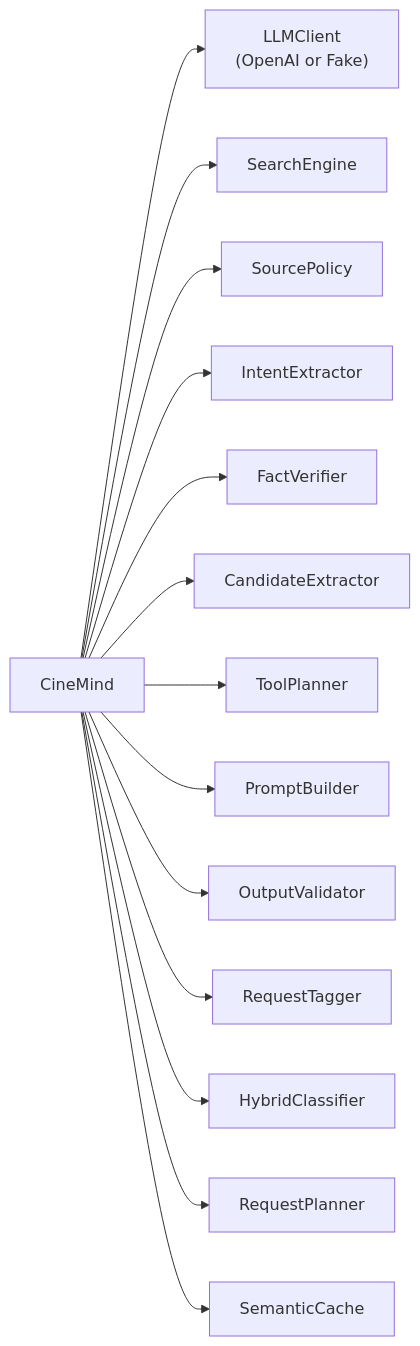
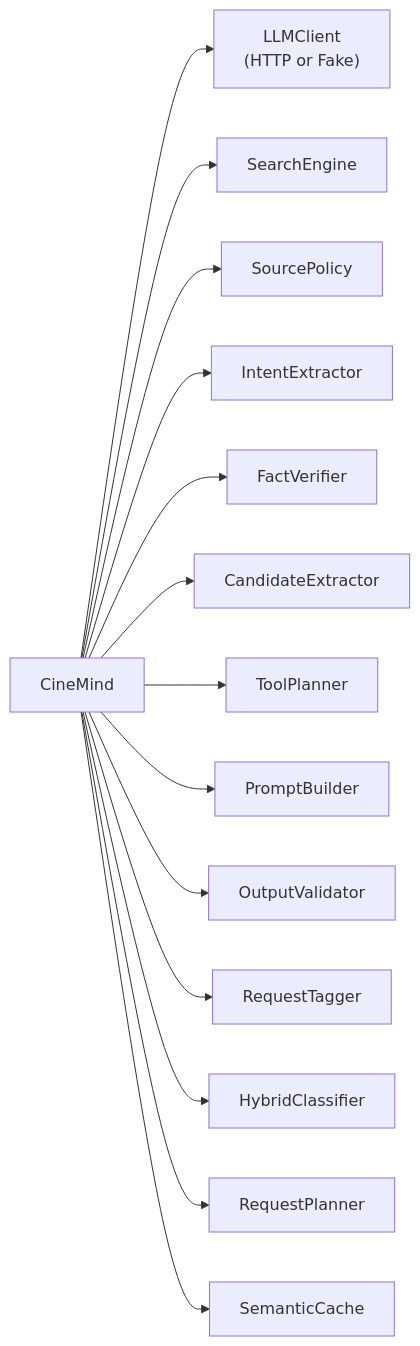
One commit to mayad123/movieAgent changed the second of 6 diagrams in docs/features/agent/AGENT_CORE.md. Above: the diagram before and after it, drawn with Mermaid. The commit also changed other lines of this file and 33 other files, not shown here.

First line of the commit message:
Shift CineMind to an OpenAI-compatible HTTP LLM stack and remove MIT/OpenAI-specific repo assumptions.

````diff
--- a/docs/features/agent/AGENT_CORE.md
+++ b/docs/features/agent/AGENT_CORE.md
@@ -71,17 +71,17 @@
 ```mermaid
 graph LR
     CM["CineMind"]
-    CM --> LLM["LLMClient<br/>(OpenAI or Fake)"]
+    CM --> LLM["LLMClient<br/>(HTTP or Fake)"]
     CM --> SE["SearchEngine"]
     CM --> SP["SourcePolicy"]
     CM --> IE["IntentExtractor"]
     CM --> FV["FactVerifier"]
     CM --> CE["CandidateExtractor"]
     CM --> TP["ToolPlanner"]
     CM --> PB["PromptBuilder"]
     CM --> OV["OutputValidator"]
     CM --> RT["RequestTagger"]
     CM --> HC["HybridClassifier"]
     CM --> RP["RequestPlanner"]
     CM --> SC["SemanticCache"]
 ```
````
